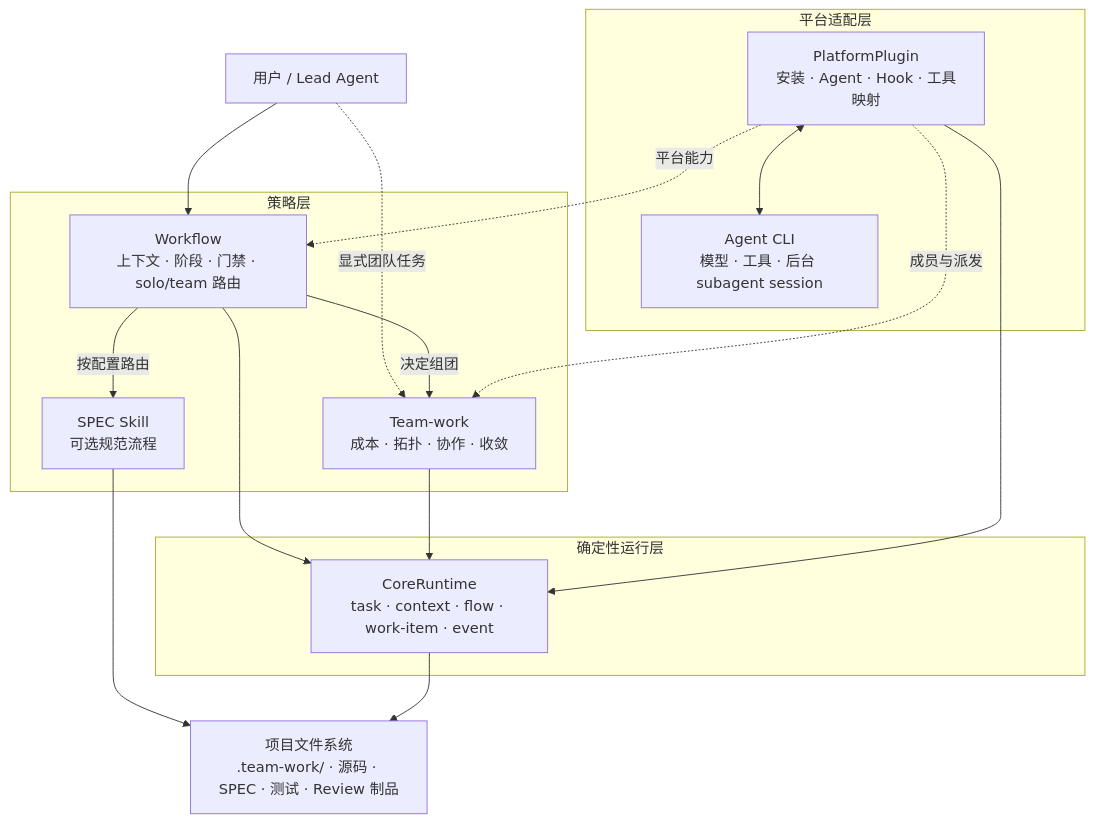
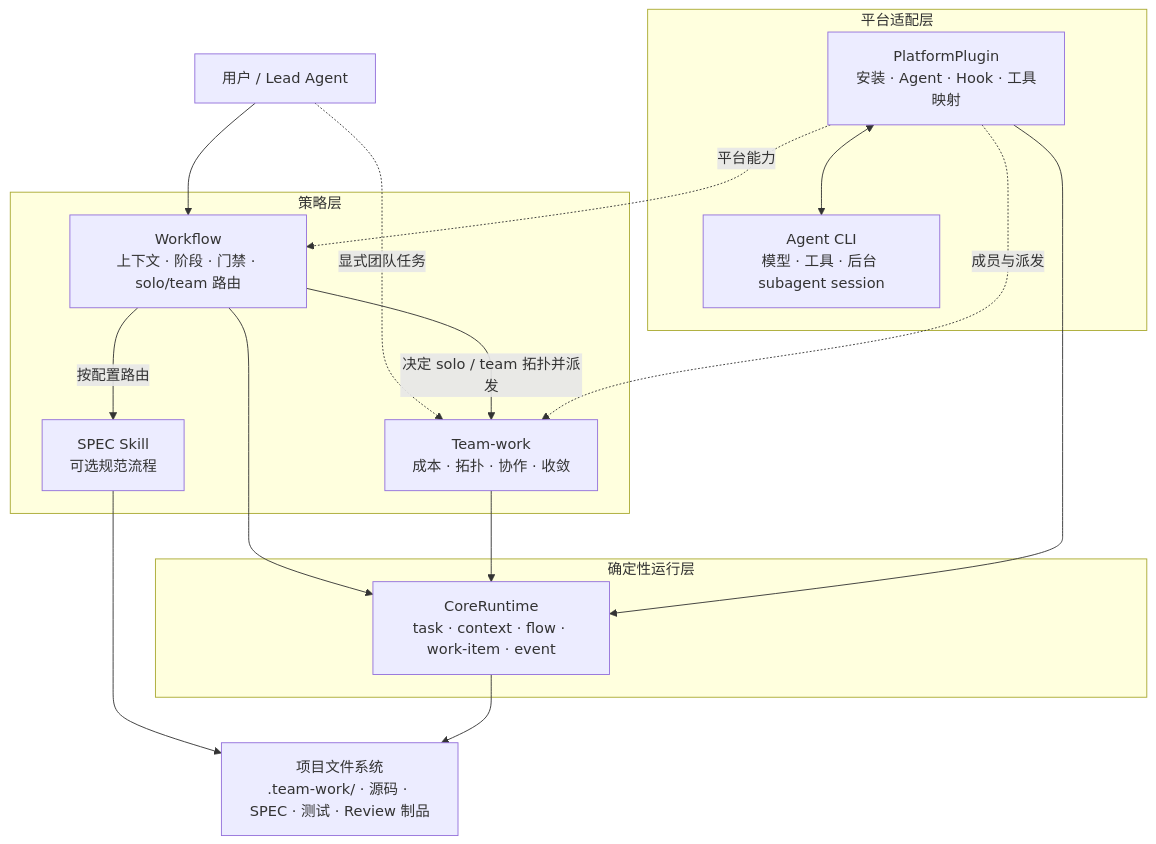
One commit to liyangink/team-work-runtime changed the first of 3 diagrams in README.md. Above: the diagram before and after it, drawn with Mermaid. The commit also changed other lines of this file and 26 other files, not shown here.

````diff
--- a/README.md
+++ b/README.md
@@ -9,34 +9,34 @@
 ```mermaid
 flowchart TB
   User["用户 / Lead Agent"]
 
   subgraph Policy["策略层"]
     Workflow["Workflow<br/>上下文 · 阶段 · 门禁 · solo/team 路由"]
     Teamwork["Team-work<br/>成本 · 拓扑 · 协作 · 收敛"]
     Spec["SPEC Skill<br/>可选规范流程"]
   end
 
   subgraph Runtime["确定性运行层"]
     Core["CoreRuntime<br/>task · context · flow · work-item · event"]
   end
 
   subgraph Platform["平台适配层"]
     Plugin["PlatformPlugin<br/>安装 · Agent · Hook · 工具映射"]
     Host["Agent CLI<br/>模型 · 工具 · 后台 subagent session"]
   end
 
   Files["项目文件系统<br/>.team-work/ · 源码 · SPEC · 测试 · Review 制品"]
 
   User --> Workflow
   User -. "显式团队任务" .-> Teamwork
-  Workflow -- "决定组团" --> Teamwork
+  Workflow -- "决定 solo / team 拓扑并派发" --> Teamwork
   Workflow -- "按配置路由" --> Spec
   Workflow --> Core
   Teamwork --> Core
   Plugin -. "平台能力" .-> Workflow
   Plugin -. "成员与派发" .-> Teamwork
   Plugin <--> Host
   Plugin --> Core
   Spec --> Files
   Core --> Files
 ```
````
